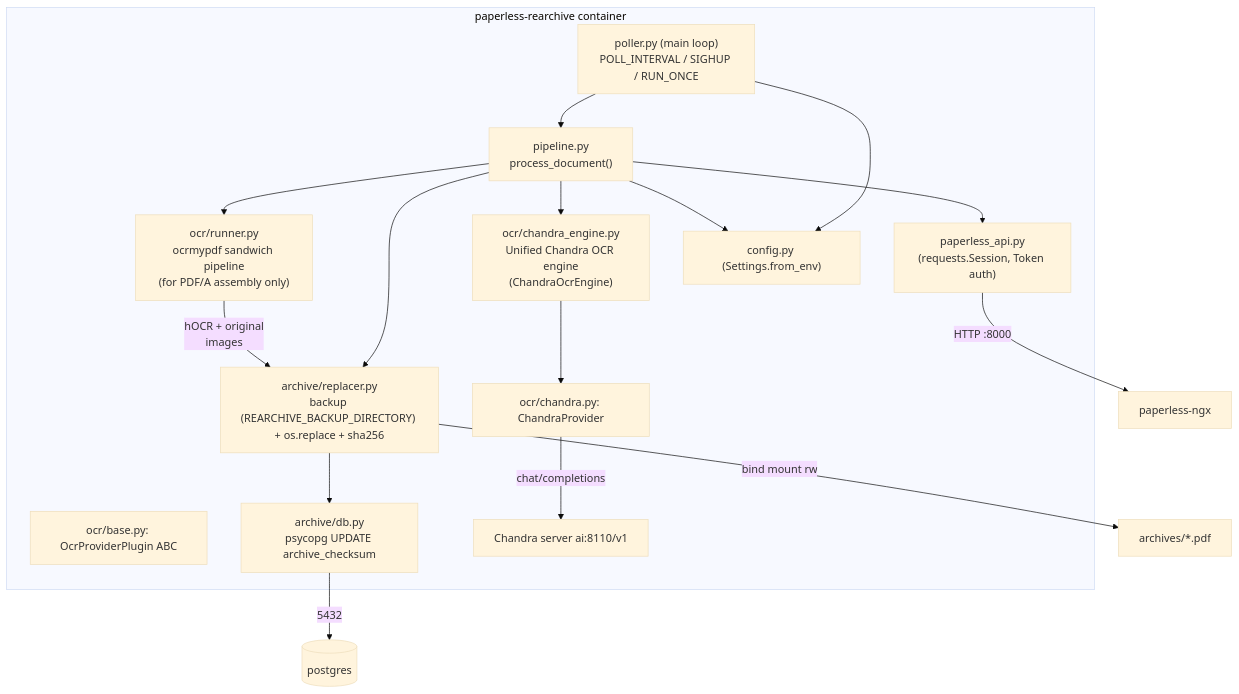
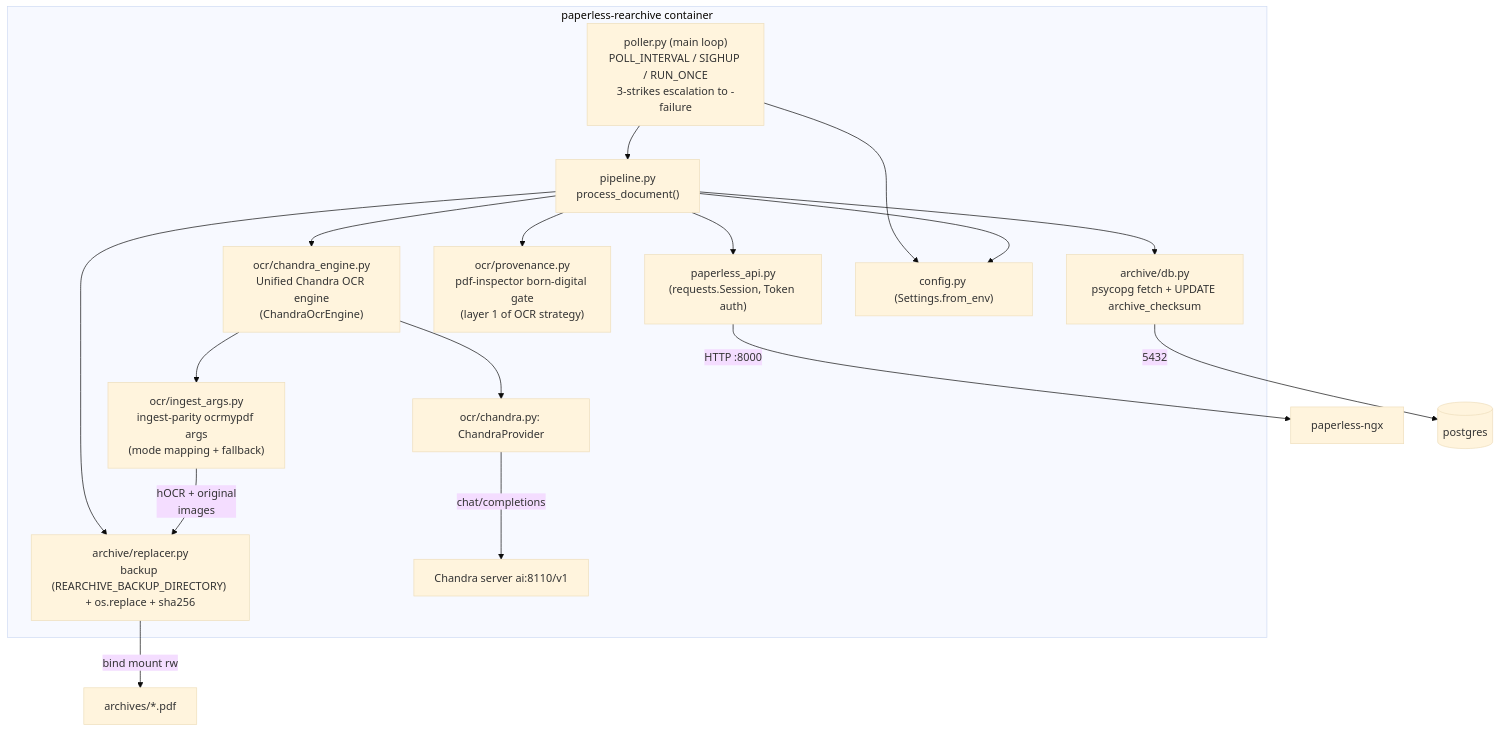
One commit to strichte/paperless-rearchive changed the first of 2 diagrams in doc/PLANNING.md. Above: the diagram before and after it, drawn with Mermaid (base theme). The commit also changed other lines of this file, not shown here.

````diff
--- a/doc/PLANNING.md
+++ b/doc/PLANNING.md
@@ -122,29 +123,30 @@
 ```mermaid
 flowchart TB
     subgraph container["paperless-rearchive container"]
-        MAIN["poller.py (main loop)<br/>POLL_INTERVAL / SIGHUP / RUN_ONCE"]
+        MAIN["poller.py (main loop)<br/>POLL_INTERVAL / SIGHUP / RUN_ONCE<br/>3-strikes escalation to -failure"]
         PIPE["pipeline.py<br/>process_document()"]
         API["paperless_api.py<br/>(requests.Session, Token auth)"]
         ENGINE["ocr/chandra_engine.py<br/>Unified Chandra OCR engine<br/>(ChandraOcrEngine)"]
-        PDF["ocr/runner.py<br/>ocrmypdf sandwich pipeline<br/>(for PDF/A assembly only)"]
-        PROV["ocr/base.py: OcrProviderPlugin ABC"]
+        INGEST["ocr/ingest_args.py<br/>ingest-parity ocrmypdf args<br/>(mode mapping + fallback)"]
+        PROV["ocr/provenance.py<br/>pdf-inspector born-digital gate<br/>(layer 1 of OCR strategy)"]
         CHAN["ocr/chandra.py: ChandraProvider"]
         REP["archive/replacer.py<br/>backup (REARCHIVE_BACKUP_DIRECTORY) + os.replace + sha256"]
-        DBM["archive/db.py<br/>psycopg UPDATE archive_checksum"]
+        DBM["archive/db.py<br/>psycopg fetch + UPDATE archive_checksum"]
         CFG["config.py (Settings.from_env)"]
         MAIN --> CFG
         MAIN --> PIPE
         PIPE --> API
         PIPE --> ENGINE
+        PIPE --> PROV
+        ENGINE --> INGEST
         ENGINE --> CHAN
         CHAN -- "chat/completions" --> LLM["Chandra server ai:8110/v1"]
         PIPE --> REP
-        REP --> DBM
+        PIPE --> DBM
         PIPE --> CFG
-        PIPE --> PDF
-        PDF -- "hOCR + original<br/>images" --> REP
+        INGEST -- "hOCR + original<br/>images" --> REP
     end
     API -- "HTTP :8000" --> PLX["paperless-ngx"]
     REP -- "bind mount rw" --> ARC["archives/*.pdf"]
     DBM -- "5432" --> PG[("postgres")]
 ```
````
